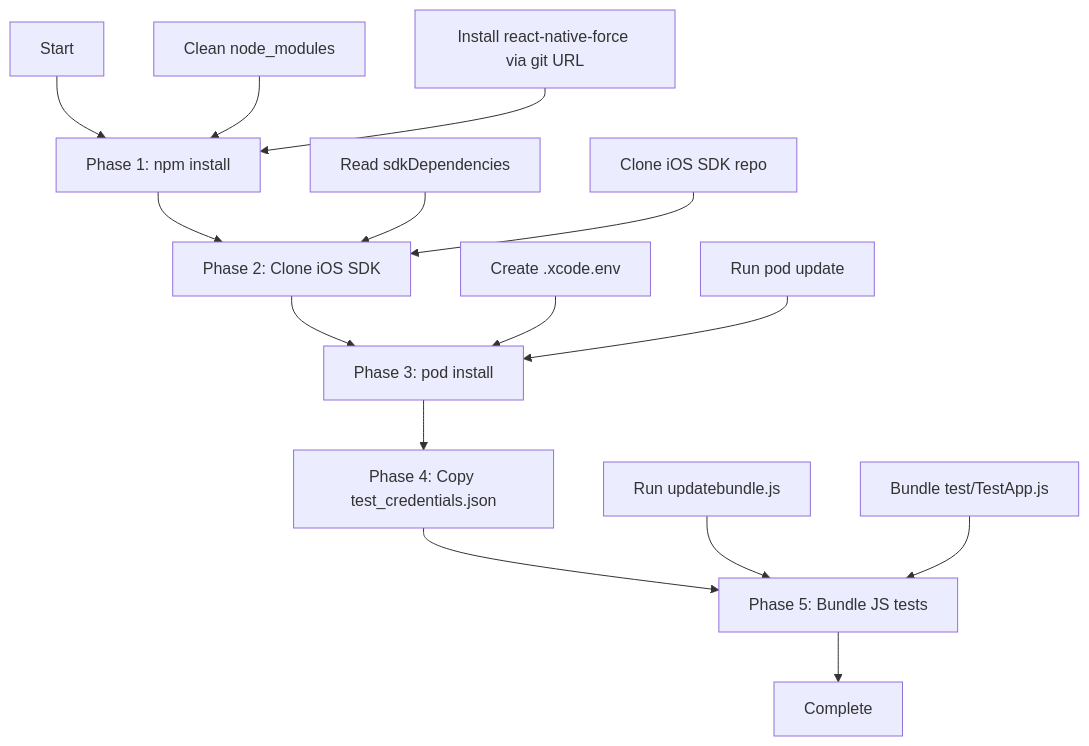
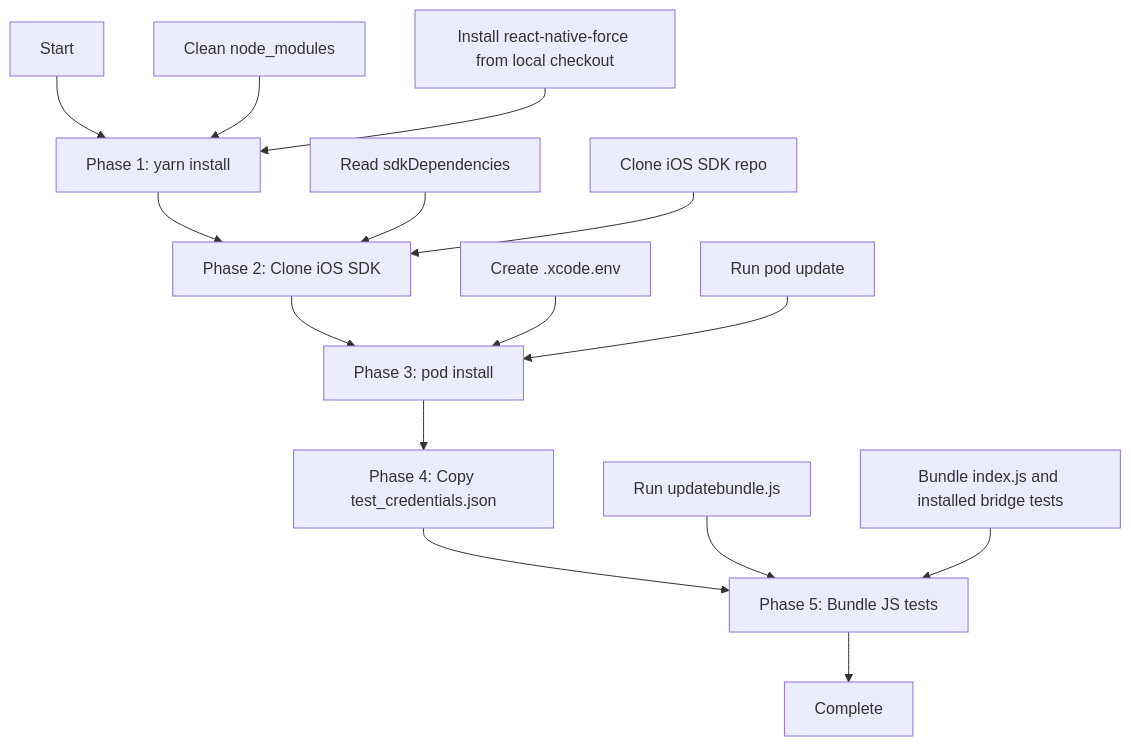
One commit to forcedotcom/SalesforceMobileSDK-ReactNative changed the diagram in docs/ios-tests/PREPAREIOS_DETAILED.md. Above: the diagram before and after it, drawn with Mermaid. The commit also changed other lines of this file and 1 other file, not shown here.

Commit message:
[ReactNative] Upgrade React Native to 0.87 (Reconcile local test preparation guidance)

````diff
--- a/docs/ios-tests/PREPAREIOS_DETAILED.md
+++ b/docs/ios-tests/PREPAREIOS_DETAILED.md
@@ -25,21 +25,21 @@
 ```mermaid
 graph TB
-    A[Start] --> B[Phase 1: npm install]
+    A[Start] --> B[Phase 1: yarn install]
     B --> C[Phase 2: Clone iOS SDK]
     C --> D[Phase 3: pod install]
     D --> E[Phase 4: Copy test_credentials.json]
     E --> F[Phase 5: Bundle JS tests]
     F --> G[Complete]
     
     C1[Clean node_modules] --> B
-    C2[Install react-native-force via git URL] --> B
+    C2[Install react-native-force from local checkout] --> B
     
     D1[Read sdkDependencies] --> C
     D2[Clone iOS SDK repo] --> C
     
     E1[Create .xcode.env] --> D
     E2[Run pod update] --> D
     
     G1[Run updatebundle.js] --> F
-    G2[Bundle test/TestApp.js] --> F
+    G2[Bundle index.js and installed bridge tests] --> F
 ```
````
